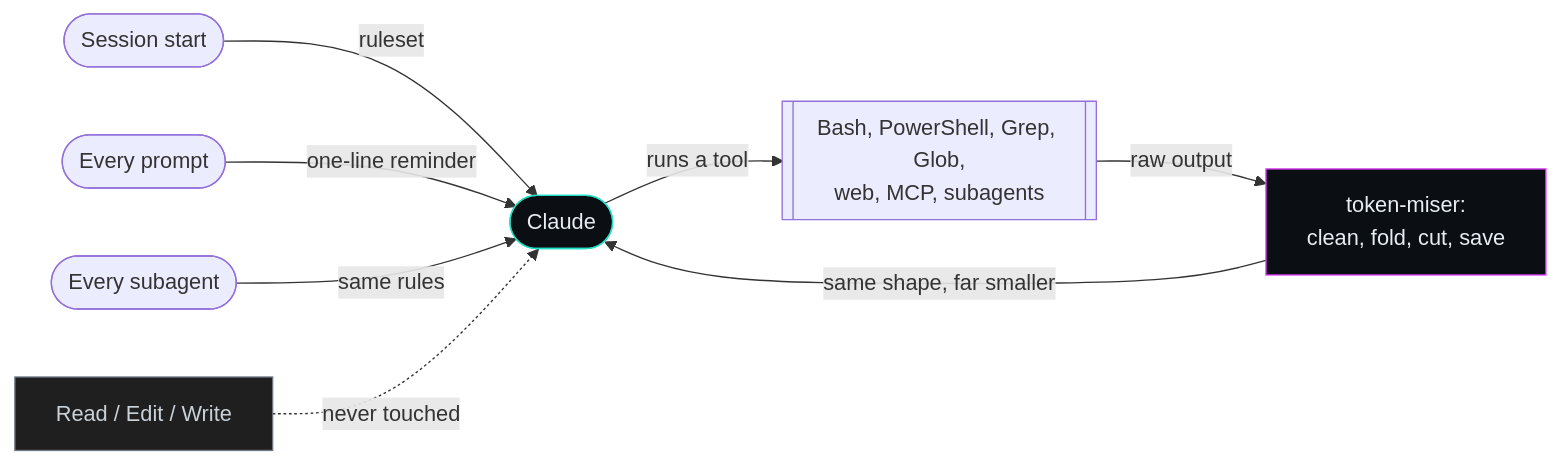
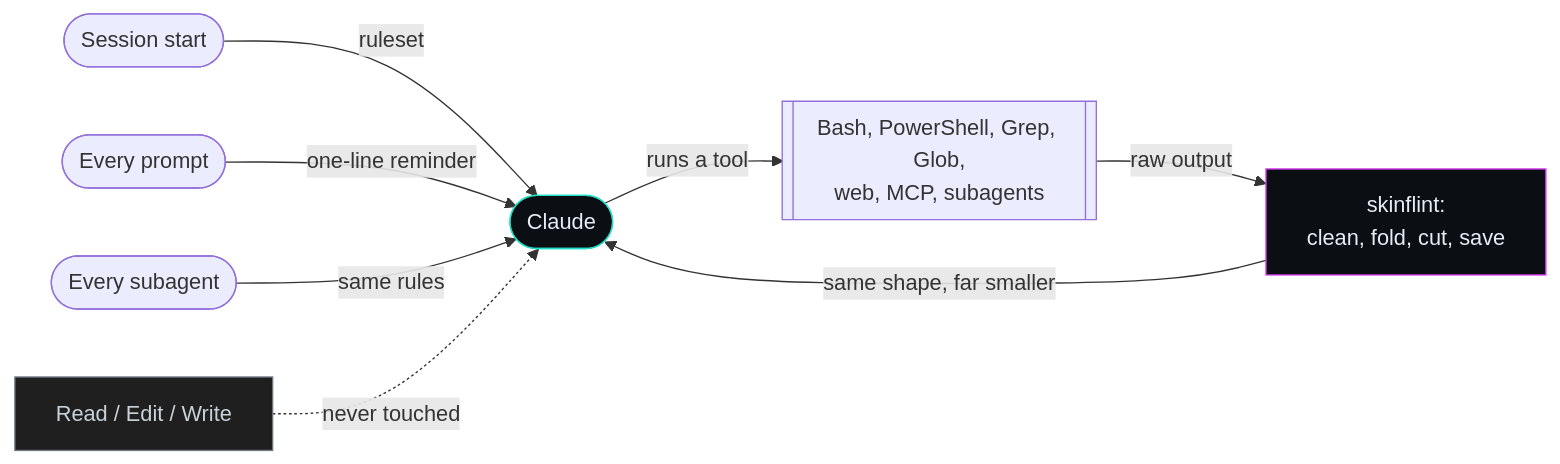
The diagram in README.md (SkYn3t-Lab/skinflint), drawn with Mermaid before and after one commit. The commit also changed other lines of this file and 368 other files, not shown here.

````diff
--- a/README.md
+++ b/README.md
@@ -100,13 +100,13 @@
 ```mermaid
 flowchart LR
     S(["Session start"]) -->|ruleset| M(["Claude"])
     U(["Every prompt"]) -->|one-line reminder| M
     A(["Every subagent"]) -->|same rules| M
     M -->|runs a tool| T[["Bash, PowerShell, Grep, Glob,<br/>web, MCP, subagents"]]
-    T -->|raw output| C["token-miser:<br/>clean, fold, cut, save"]
+    T -->|raw output| C["skinflint:<br/>clean, fold, cut, save"]
     C -->|same shape, far smaller| M
     R["Read / Edit / Write"] -.->|never touched| M
     style M fill:#0B0F14,stroke:#1FE0C4,color:#e6edf3
     style C fill:#0B0F14,stroke:#E040FB,color:#e6edf3
     style R fill:#1f1f1f,stroke:#6e7681,color:#c9d1d9
 ```
````
